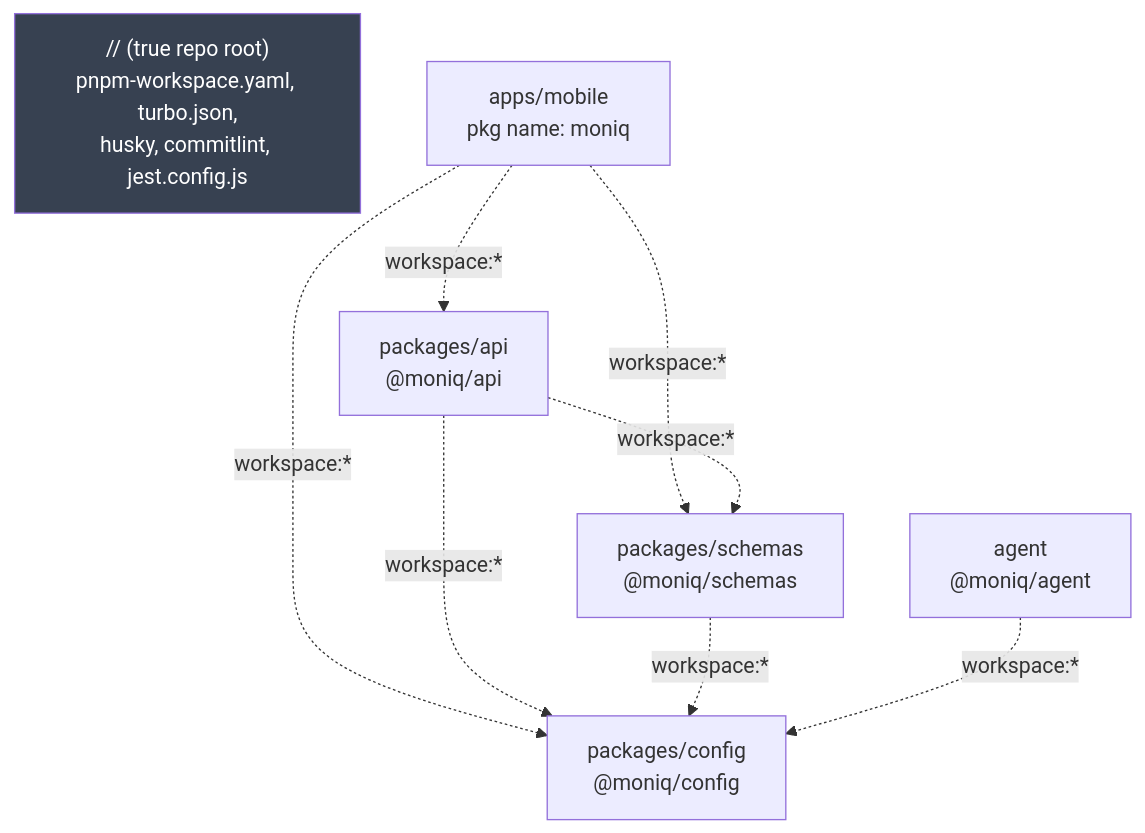
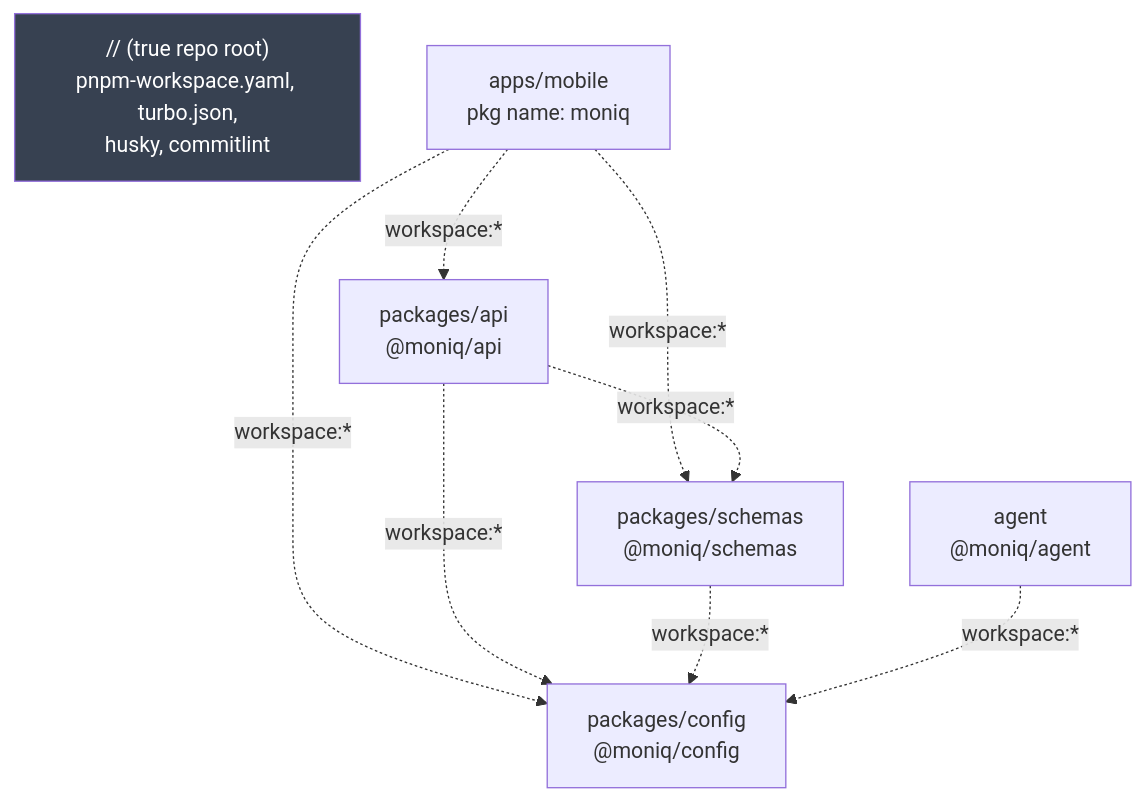
The first of 2 diagrams in README.md (l-legren/mai), drawn with Mermaid before and after one commit. The commit also changed other lines of this file and 6 other files, not shown here.

````diff
--- a/README.md
+++ b/README.md
@@ -62,19 +62,19 @@
 ```mermaid
 flowchart TB
-    ROOT["// (true repo root)<br/>pnpm-workspace.yaml, turbo.json,<br/>husky, commitlint, jest.config.js"]
+    ROOT["// (true repo root)<br/>pnpm-workspace.yaml, turbo.json,<br/>husky, commitlint"]
     APP["apps/mobile<br/>pkg name: moniq"]
     API["packages/api<br/>@moniq/api"]
     SCHEMAS["packages/schemas<br/>@moniq/schemas"]
     CONFIG["packages/config<br/>@moniq/config"]
     AGENT["agent<br/>@moniq/agent"]
 
     APP -.->|workspace:*| API
     APP -.->|workspace:*| SCHEMAS
     APP -.->|workspace:*| CONFIG
     API -.->|workspace:*| SCHEMAS
     API -.->|workspace:*| CONFIG
     SCHEMAS -.->|workspace:*| CONFIG
     AGENT -.->|workspace:*| CONFIG
 
     style ROOT fill:#374151,color:#fff
 ```
````
